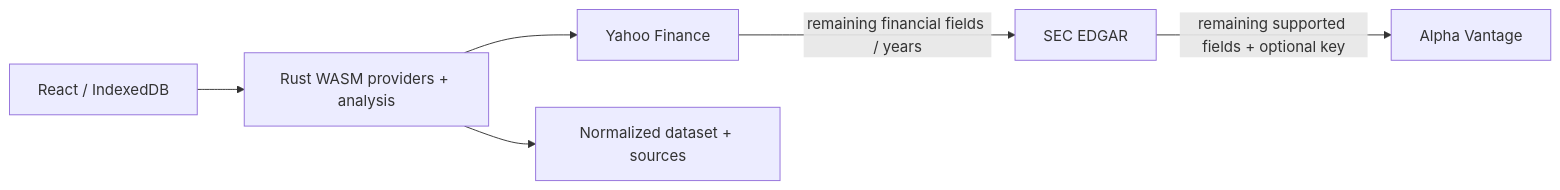
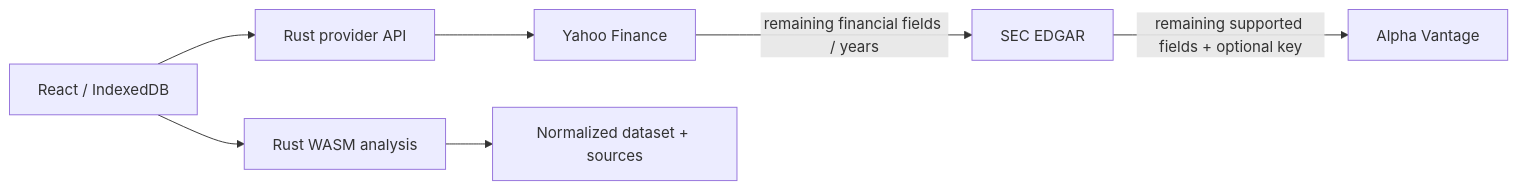
The diagram in docs/providers.md (rsntlabs/financial), drawn with Mermaid before and after one commit. The commit also changed other lines of this file and 9 other files, not shown here.

Commit message:
Route dashboard provider requests through API

````diff
--- a/docs/providers.md
+++ b/docs/providers.md
@@ -3,8 +3,9 @@
 ```mermaid
 flowchart LR
-  UI[React / IndexedDB] --> WASM[Rust WASM providers + analysis]
-  WASM --> Yahoo[Yahoo Finance]
+  UI[React / IndexedDB] --> API[Rust provider API]
+  UI --> WASM[Rust WASM analysis]
+  API --> Yahoo[Yahoo Finance]
   Yahoo -->|remaining financial fields / years| SEC[SEC EDGAR]
   SEC -->|remaining supported fields + optional key| Alpha[Alpha Vantage]
   WASM --> Dataset[Normalized dataset + sources]
 ```
````
